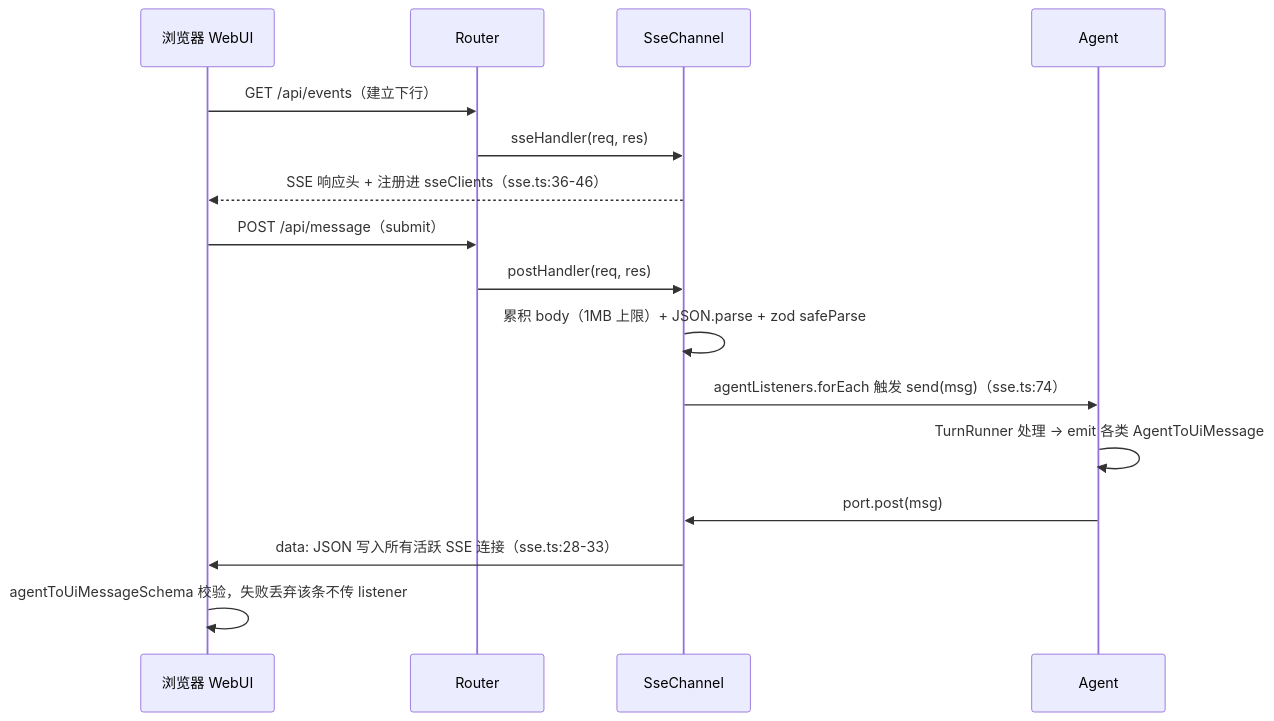
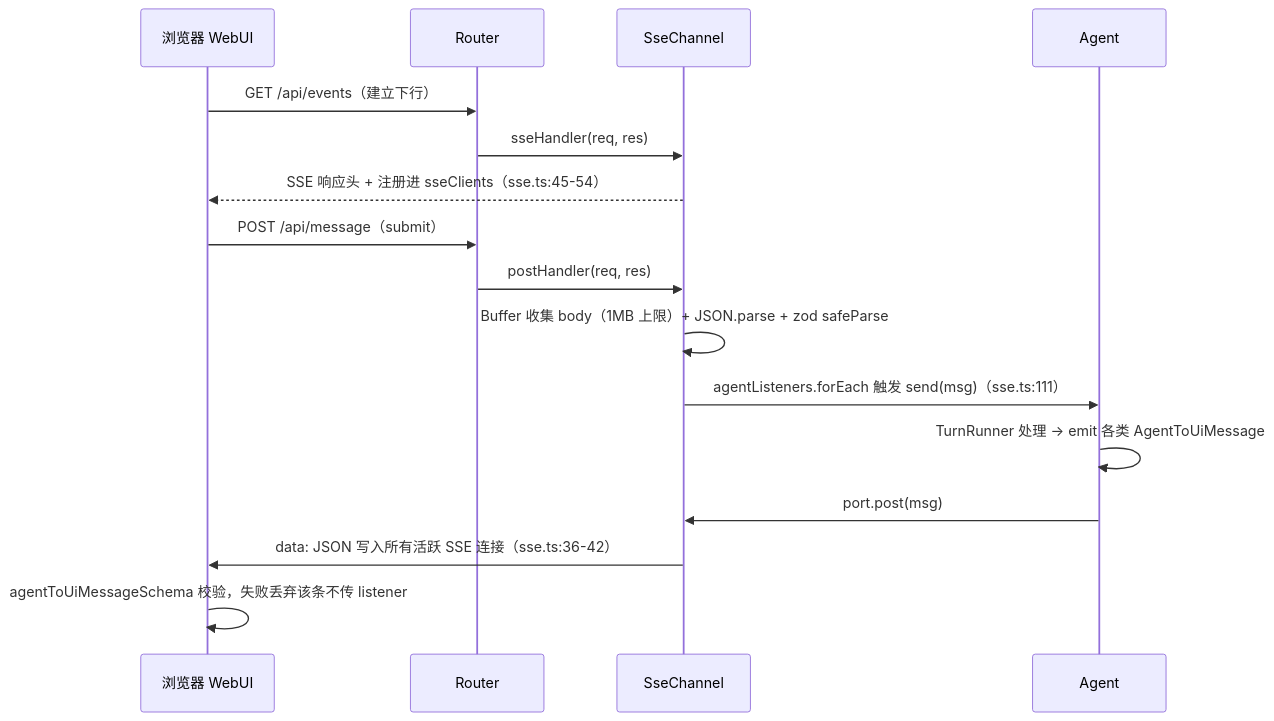
One commit to Doggez1G/DogEggAgent changed the third of 3 diagrams in docs/versions/0.2/02-设计实现/01-四包架构与消息契约.md. Above: the diagram before and after it, drawn with Mermaid. The commit also changed other lines of this file and 39 other files, not shown here.

````diff
--- a/docs/versions/0.2/02-设计实现/01-四包架构与消息契约.md
+++ b/docs/versions/0.2/02-设计实现/01-四包架构与消息契约.md
@@ -309,19 +316,19 @@
 ```mermaid
 sequenceDiagram
   participant B as 浏览器 WebUI
   participant R as Router
   participant S as SseChannel
   participant A as Agent
 
   B->>R: GET /api/events（建立下行）
   R->>S: sseHandler(req, res)
-  S-->>B: SSE 响应头 + 注册进 sseClients（sse.ts:36-46）
+  S-->>B: SSE 响应头 + 注册进 sseClients（sse.ts:45-54）
   B->>R: POST /api/message（submit）
   R->>S: postHandler(req, res)
-  S->>S: 累积 body（1MB 上限）+ JSON.parse + zod safeParse
-  S->>A: agentListeners.forEach 触发 send(msg)（sse.ts:74）
+  S->>S: Buffer 收集 body（1MB 上限）+ JSON.parse + zod safeParse
+  S->>A: agentListeners.forEach 触发 send(msg)（sse.ts:111）
   A->>A: TurnRunner 处理 → emit 各类 AgentToUiMessage
   A->>S: port.post(msg)
-  S->>B: data: JSON 写入所有活跃 SSE 连接（sse.ts:28-33）
+  S->>B: data: JSON 写入所有活跃 SSE 连接（sse.ts:36-42）
   B->>B: agentToUiMessageSchema 校验，失败丢弃该条不传 listener
 ```
````
